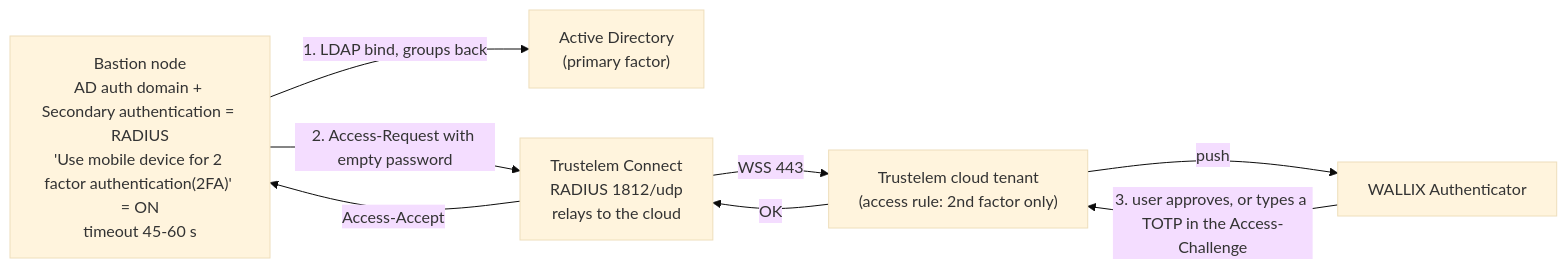
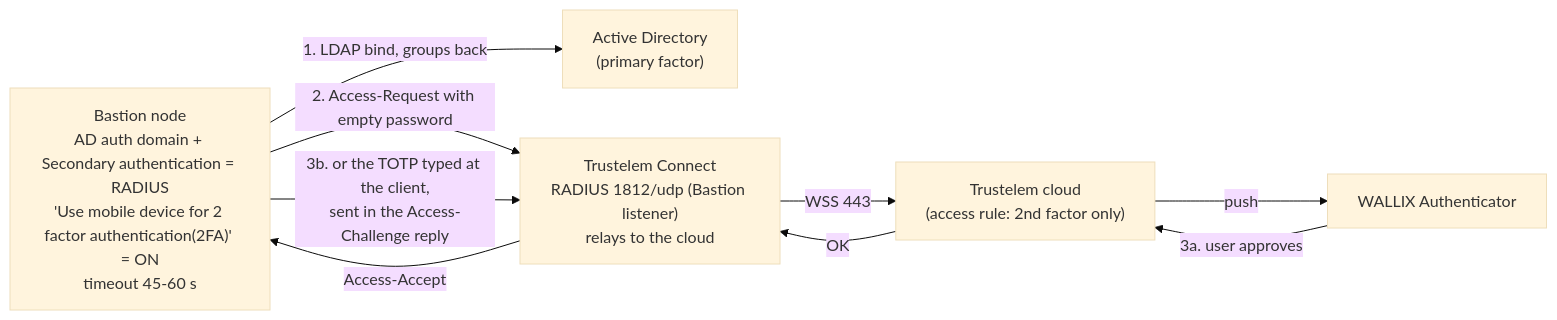
One commit to morandeirachema/Trustelem- changed the diagram in tools/diagrams/08-bastion-radius-scenario.mmd. Above: the diagram before and after it, drawn with Mermaid (base theme). The commit also changed 19 other files, not shown here.

Commit message:
Audit pass 2: diagrams synced with text, AM RADIUS listener 2812, Authentication domain name rule, gap B7

```diff
--- a/tools/diagrams/08-bastion-radius-scenario.mmd
+++ b/tools/diagrams/08-bastion-radius-scenario.mmd
@@ -1,13 +1,14 @@
 flowchart LR
     B["Bastion node<br/>AD auth domain + Secondary authentication = RADIUS<br/>'Use mobile device for 2 factor authentication(2FA)' = ON<br/>timeout 45-60 s"]
     AD["Active Directory<br/>(primary factor)"]
-    TC["Trustelem Connect<br/>RADIUS 1812/udp<br/>relays to the cloud"]
-    T["Trustelem cloud tenant<br/>(access rule: 2nd factor only)"]
+    TC["Trustelem Connect<br/>RADIUS 1812/udp (Bastion listener)<br/>relays to the cloud"]
+    T["Trustelem cloud<br/>(access rule: 2nd factor only)"]
     A["WALLIX Authenticator"]
     B -->|1. LDAP bind, groups back| AD
     B -->|2. Access-Request with empty password| TC
     TC -->|WSS 443| T
     T -->|push| A
-    A -->|3. user approves, or types a TOTP in the Access-Challenge| T
+    A -->|3a. user approves| T
+    B -->|3b. or the TOTP typed at the client,<br/>sent in the Access-Challenge reply| TC
     T -->|OK| TC
     TC -->|Access-Accept| B
```
